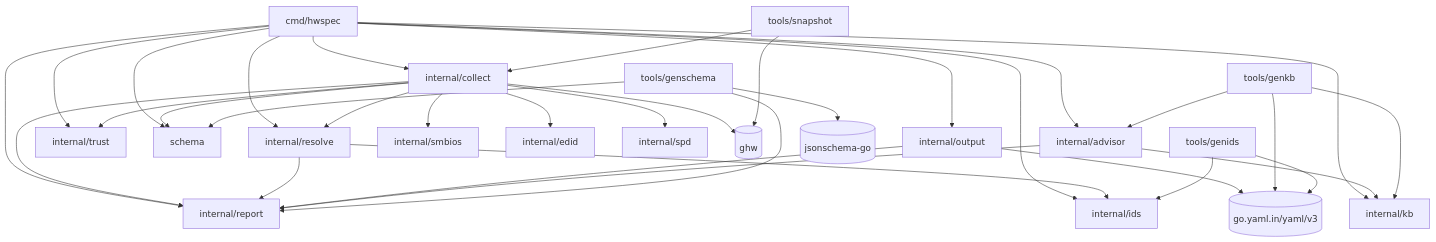
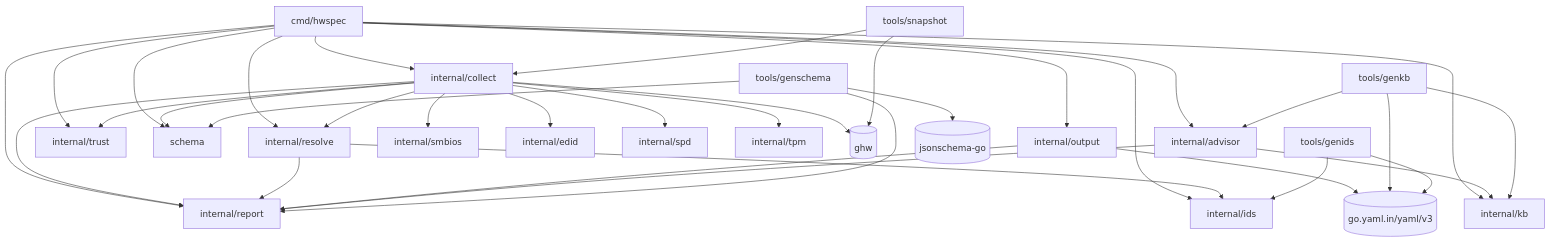
Before and after one commit to jiegui2025/hwspec: the second of 3 diagrams in ARCHITECTURE.md, drawn with Mermaid. The commit also changed other lines of this file and 11 other files, not shown here.

````diff
--- a/ARCHITECTURE.md
+++ b/ARCHITECTURE.md
@@ -44,20 +44,21 @@
 ```mermaid
 flowchart TD
   cmd[cmd/hwspec] --> collect & resolve & output & ids & report & trust & schema & advisor & kb
-  collect[internal/collect] --> report & resolve & smbios & edid & spd & trust & schema & ghw[(ghw)]
+  collect[internal/collect] --> report & resolve & smbios & edid & spd & tpm & trust & schema & ghw[(ghw)]
   resolve[internal/resolve] --> ids & report
   output[internal/output] --> report & yaml[(go.yaml.in/yaml/v3)]
   advisor[internal/advisor] --> report & kb
   genkb[tools/genkb] --> kb & advisor & yaml
   kb[internal/kb]
   genids[tools/genids] --> ids & yaml
   snapshot[tools/snapshot] --> collect & ghw
   genschema[tools/genschema] --> report & schema & jsonschema[(jsonschema-go)]
   schema[schema]
   ids[internal/ids]
   report[internal/report]
   smbios[internal/smbios]
   edid[internal/edid]
   spd[internal/spd]
+  tpm[internal/tpm]
   trust[internal/trust]
 ```
````
